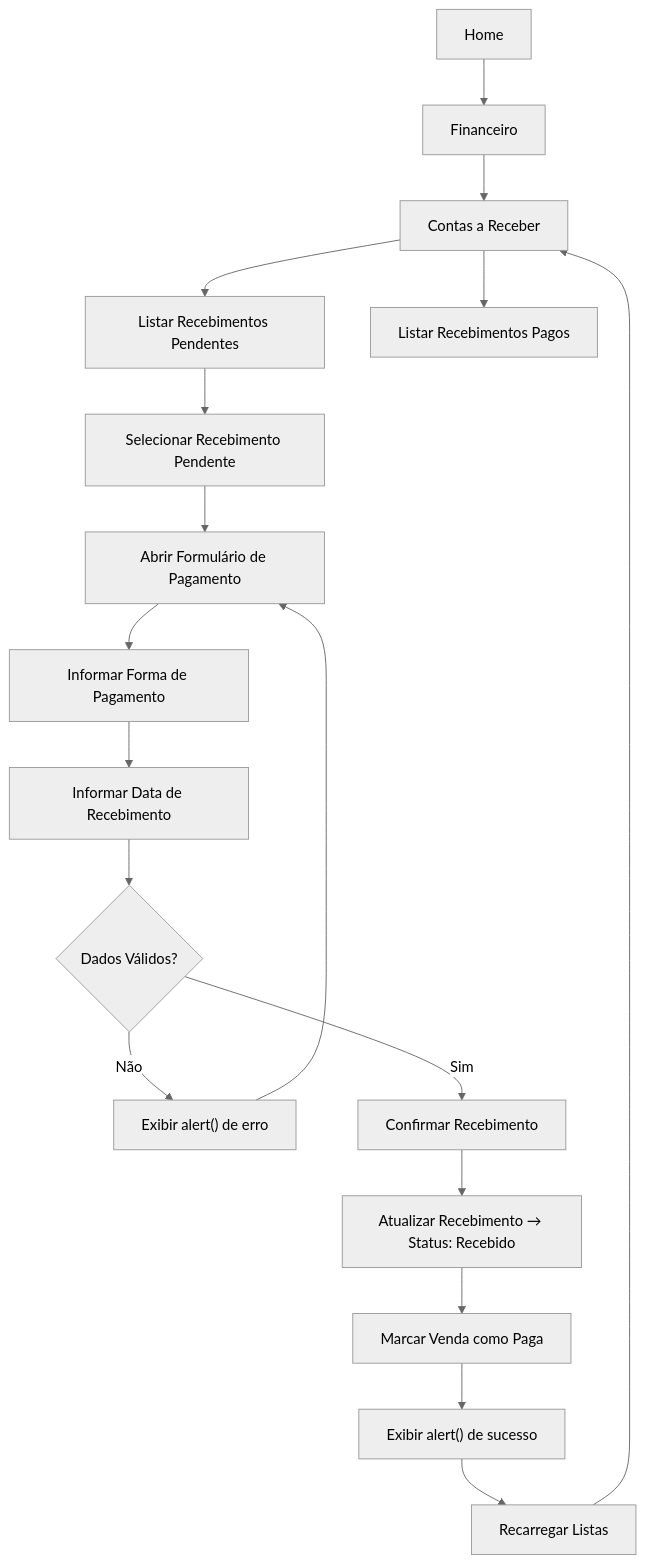
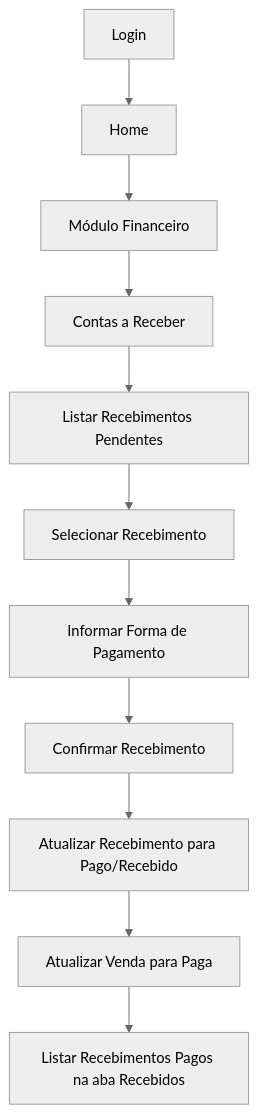
Before and after one commit to EduardoHenrrykSimonato/sistema-gestao-comercial: the tenth of 11 diagrams in documentacao/DIAGRAMAS.md, drawn with Mermaid (neutral theme). The commit also changed other lines of this file and 3 other files, not shown here.

Commit message:
docs: auditoria e sincronizacao de todos os diagramas Mermaid do projeto

````diff
--- a/documentacao/DIAGRAMAS.md
+++ b/documentacao/DIAGRAMAS.md
@@ -281,19 +488,13 @@
 ```mermaid
 flowchart TD
-    Home["Home"] --> Fin["Financeiro"]
+    Login["Login"] --> Home["Home"]
+    Home --> Fin["Módulo Financeiro"]
     Fin --> Receber["Contas a Receber"]
-    Receber --> ListaPend["Listar Recebimentos Pendentes"]
-    Receber --> ListaPag["Listar Recebimentos Pagos"]
-
-    ListaPend --> SelRec["Selecionar Recebimento Pendente"]
-    SelRec --> FormPag["Abrir Formulário de Pagamento"]
-    FormPag --> InfForma["Informar Forma de Pagamento"]
-    InfForma --> InfData["Informar Data de Recebimento"]
-    InfData --> ValidPag{"Dados Válidos?"}
-    ValidPag -- Não --> AlertErr["Exibir alert() de erro"] --> FormPag
-    ValidPag -- Sim --> ConfPag["Confirmar Recebimento"]
-    ConfPag --> AtuRec["Atualizar Recebimento → Status: Recebido"]
-    AtuRec --> AtuVenda["Marcar Venda como Paga"]
-    AtuVenda --> AlertSuc["Exibir alert() de sucesso"]
-    AlertSuc --> Reload["Recarregar Listas"] --> Receber
+    Receber --> ListPend["Listar Recebimentos Pendentes"]
+    ListPend --> SelRec["Selecionar Recebimento"]
+    SelRec --> InfForma["Informar Forma de Pagamento"]
+    InfForma --> ConfPag["Confirmar Recebimento"]
+    ConfPag --> AtuRec["Atualizar Recebimento para Pago/Recebido"]
+    AtuRec --> AtuVenda["Atualizar Venda para Paga"]
+    AtuVenda --> ListPag["Listar Recebimentos Pagos na aba Recebidos"]
 ```
````
